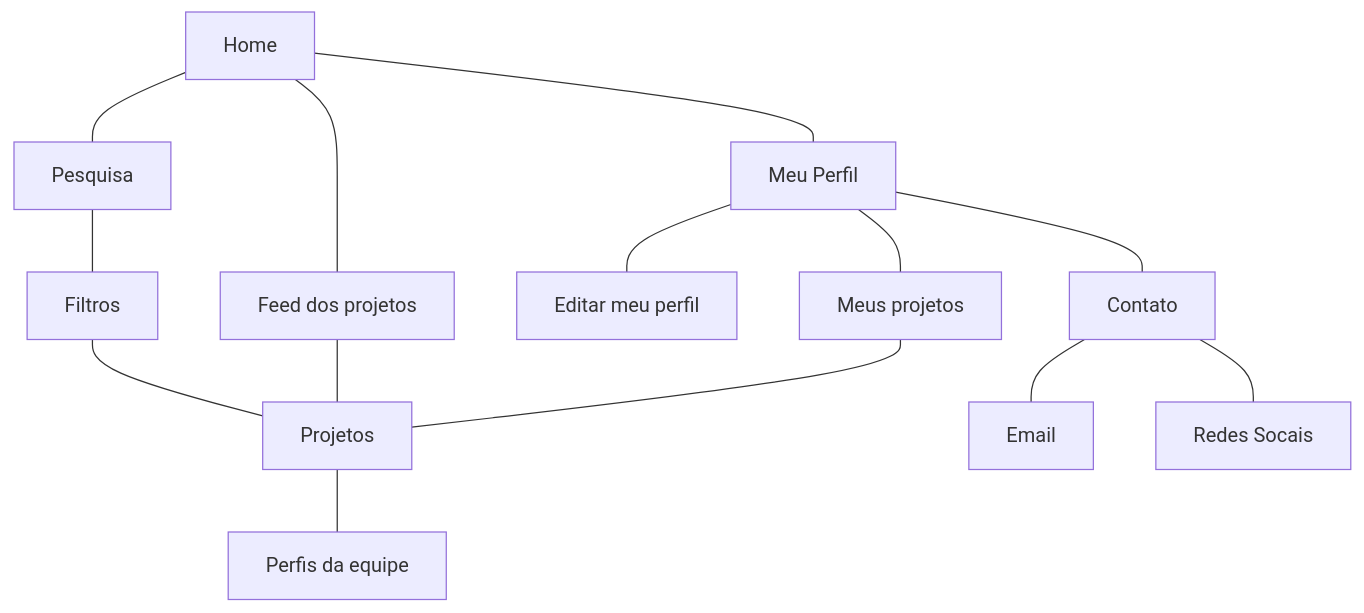
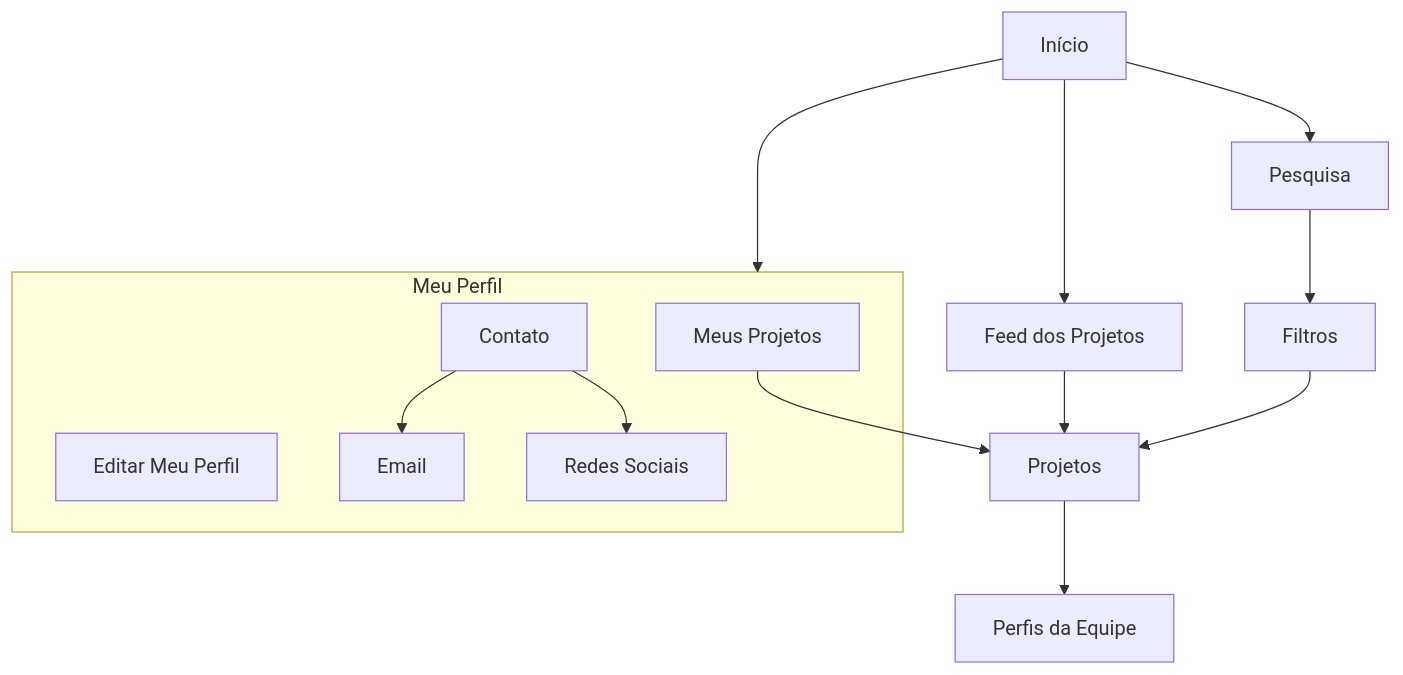
Before and after one commit to davi-canuto/ProjIFRN: the diagram in doc/mapa-site/mapa-site.md, drawn with Mermaid. The commit also changed 18 other files, not shown here.

````diff
--- a/doc/mapa-site/mapa-site.md
+++ b/doc/mapa-site/mapa-site.md
@@ -4,18 +3,20 @@
 ```mermaid
 flowchart TD
-    Home --- MyProfile[Meu Perfil]
-    Home --- Feed[Feed dos projetos]
-    Home --- Pesquisa
-    MyProfile --- MyProjects[Meus projetos]
-    MyProfile --- EditProfile[Editar meu perfil]
-    MyProfile --- Contato
-    MyProjects --- Projetos
-    Contato --- Email
-    Contato --- SocialMidia[Redes Socais]
-    Feed --- Projetos
-    Projetos --- TeamProfile[Perfis da equipe]
-    Pesquisa --- Filtros
-    Filtros --- Projetos
-     
+    Início --> meuPerfil[Meu Perfil]
+    Início --> Feed[Feed dos Projetos]
+    Início --> Pesquisa
+    meusProjetos --> Projetos
     
+    Feed[Feed dos Projetos] --> Projetos
+    Projetos --> PerfilEquipe[Perfis da Equipe]
+    Pesquisa --> Filtros
+    Filtros --> Projetos
+
+    subgraph meuPerfil[Meu Perfil]
+        editarPerfil[Editar Meu Perfil]
+        meusProjetos[Meus Projetos]
+        Contato
+        Contato --> Email
+        Contato --> SocialMidia[Redes Sociais]
+    end 
 ```
````
